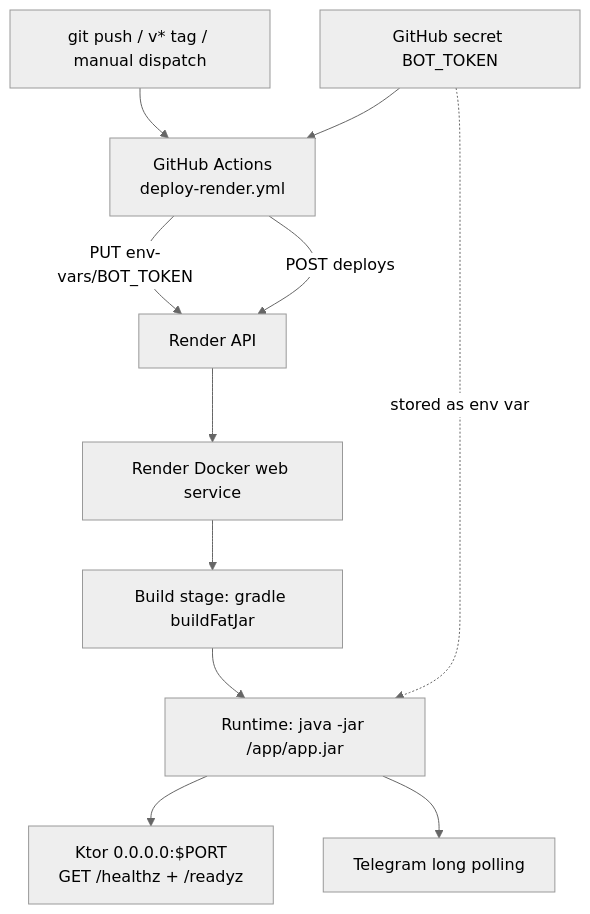
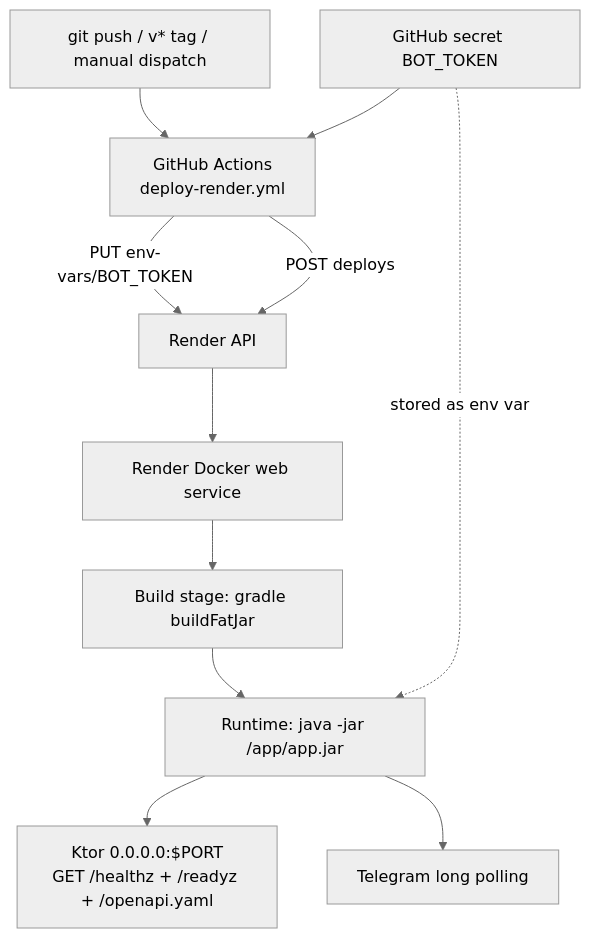
The fourth of 4 diagrams in docs/ARCHITECTURE.md (Giancarmine/rock-paper-scissors-lizard-spock-bot), drawn with Mermaid (neutral theme) before and after one commit. The commit also changed other lines of this file and 14 other files, not shown here.

````diff
--- a/docs/ARCHITECTURE.md
+++ b/docs/ARCHITECTURE.md
@@ -199,13 +202,13 @@
 ```mermaid
 flowchart TB
     Dev[git push / v* tag / manual dispatch] --> GHA[GitHub Actions<br/>deploy-render.yml]
     GHA -->|PUT env-vars/BOT_TOKEN| RenderAPI[Render API]
     GHA -->|POST deploys| RenderAPI
     RenderAPI --> Render[Render Docker web service]
     Render --> Build[Build stage: gradle buildFatJar]
     Build --> Runtime[Runtime: java -jar /app/app.jar]
-    Runtime --> Health[Ktor 0.0.0.0:$PORT<br/>GET /healthz + /readyz]
+    Runtime --> Health[Ktor 0.0.0.0:$PORT<br/>GET /healthz + /readyz + /openapi.yaml]
     Runtime --> Poll[Telegram long polling]
     Secret[GitHub secret BOT_TOKEN] --> GHA
     Secret -.->|stored as env var| Runtime
 ```
````
